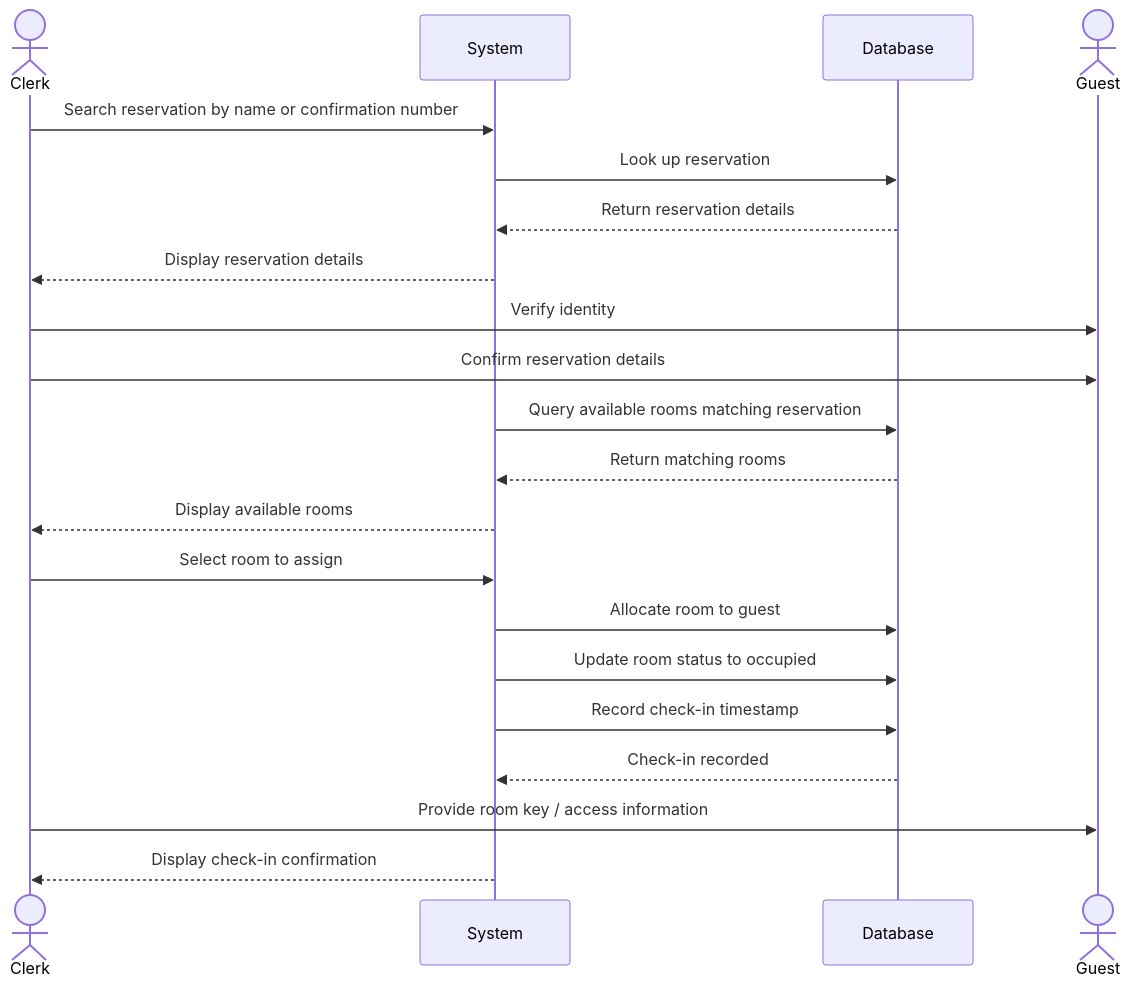
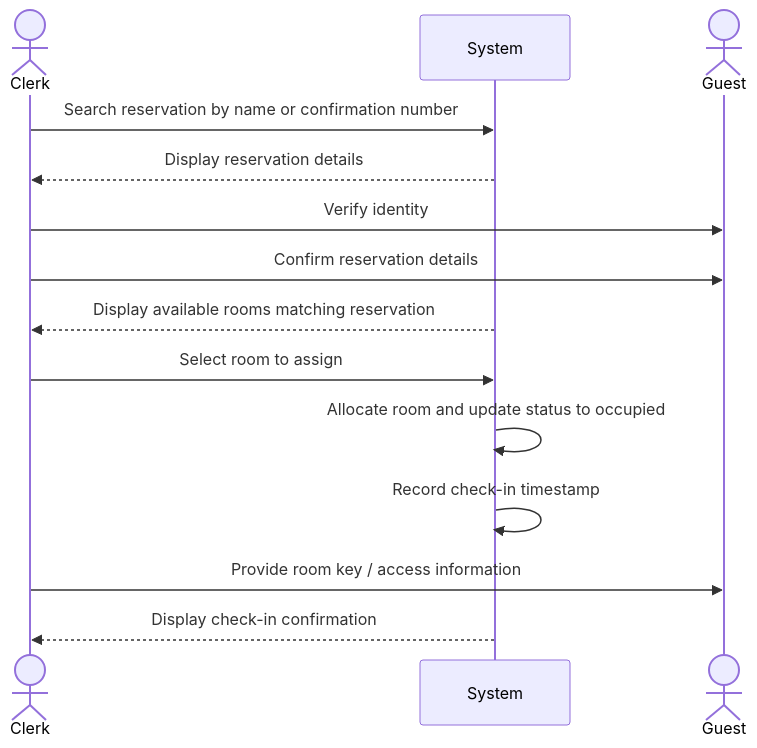
Before and after one commit to JaceYar/Software1-Proj: the diagram in Documentation/User-Cases/ProcessCheckIn.md, drawn with Mermaid. The commit also changed 11 other files, not shown here.

Commit message:
fix the diagrams

````diff
--- a/Documentation/User-Cases/ProcessCheckIn.md
+++ b/Documentation/User-Cases/ProcessCheckIn.md
@@ -11,24 +11,17 @@
 ```mermaid
 sequenceDiagram
     actor Clerk
     participant System
-    participant Database
     actor Guest
 
     Clerk->>System: Search reservation by name or confirmation number
-    System->>Database: Look up reservation
-    Database-->>System: Return reservation details
     System-->>Clerk: Display reservation details
     Clerk->>Guest: Verify identity
     Clerk->>Guest: Confirm reservation details
-    System->>Database: Query available rooms matching reservation
-    Database-->>System: Return matching rooms
-    System-->>Clerk: Display available rooms
+    System-->>Clerk: Display available rooms matching reservation
     Clerk->>System: Select room to assign
-    System->>Database: Allocate room to guest
-    System->>Database: Update room status to occupied
-    System->>Database: Record check-in timestamp
-    Database-->>System: Check-in recorded
+    System->>System: Allocate room and update status to occupied
+    System->>System: Record check-in timestamp
     Clerk->>Guest: Provide room key / access information
     System-->>Clerk: Display check-in confirmation
 ```
````
